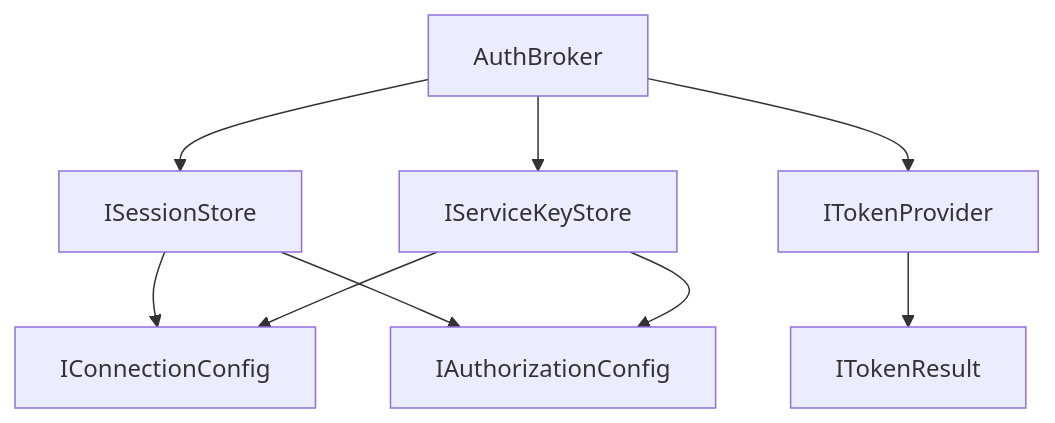
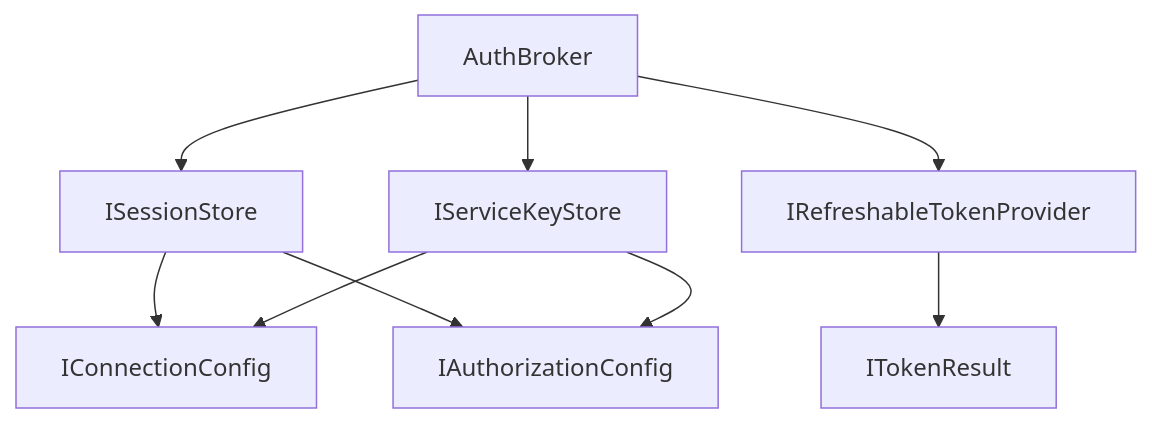
The diagram in docs/architecture/EXPORTS.md (fr0ster/mcp-abap-adt-auth-broker), drawn with Mermaid before and after one commit. The commit also changed other lines of this file and 22 other files, not shown here.

````diff
--- a/docs/architecture/EXPORTS.md
+++ b/docs/architecture/EXPORTS.md
@@ -75,11 +89,11 @@
 ```mermaid
 flowchart TD
   AB[AuthBroker] --> SS[ISessionStore]
   AB --> SK[IServiceKeyStore]
-  AB --> TP[ITokenProvider]
+  AB --> TP[IRefreshableTokenProvider]
   SS --> IConn[IConnectionConfig]
   SS --> IAuth[IAuthorizationConfig]
   SK --> IConn
   SK --> IAuth
   TP --> IToken[ITokenResult]
 ```
````
